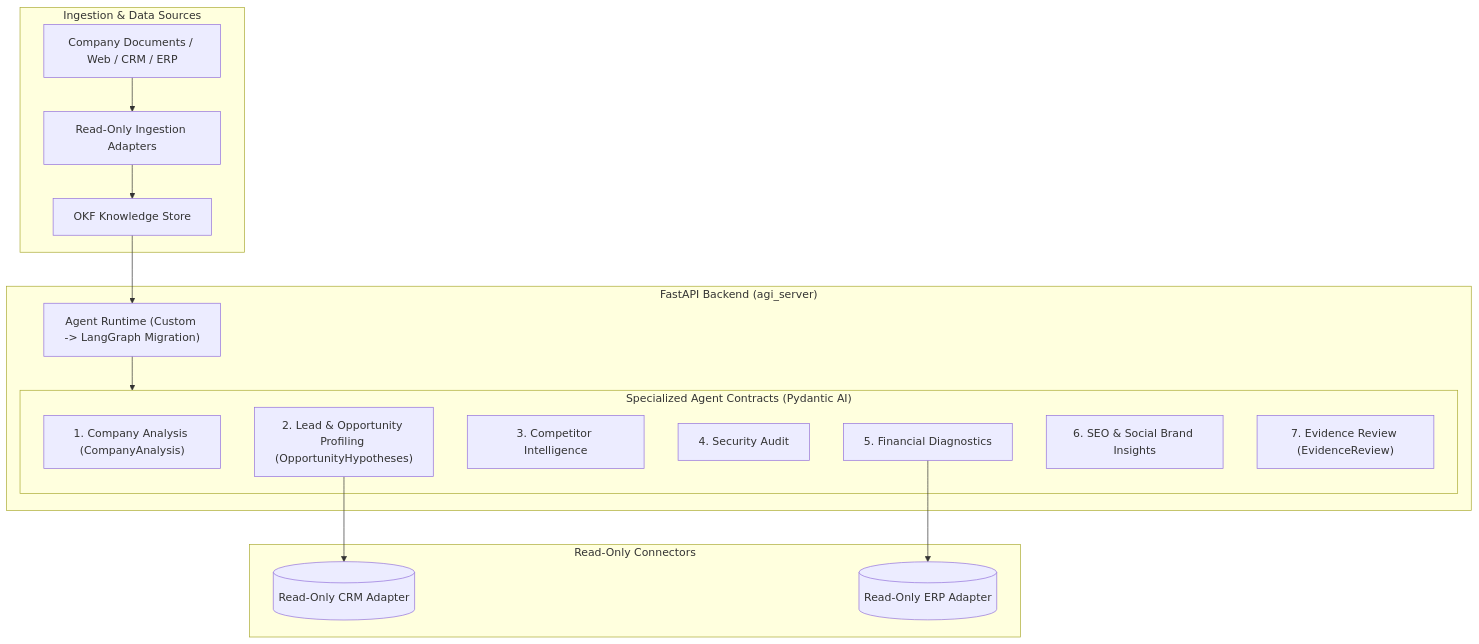
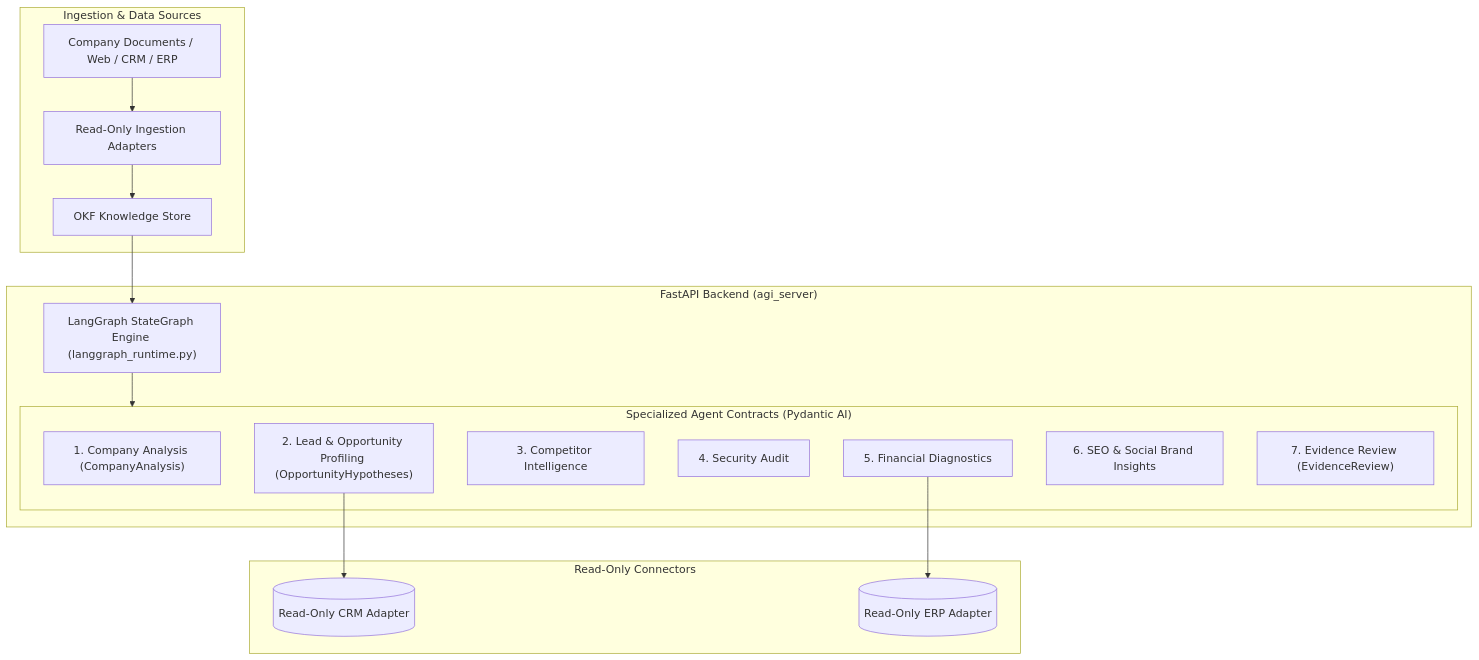
One commit to beratolmez/agenstfer-agi changed the second of 2 diagrams in docs/SYSTEM_ARCHITECTURE.md. Above: the diagram before and after it, drawn with Mermaid. The commit also changed other lines of this file and 7 other files, not shown here.

````diff
--- a/docs/SYSTEM_ARCHITECTURE.md
+++ b/docs/SYSTEM_ARCHITECTURE.md
@@ -83,33 +70,33 @@
 ```mermaid
 flowchart TD
     subgraph Ingestion["Ingestion & Data Sources"]
         SRC["Company Documents / Web / CRM / ERP"]
         ING["Read-Only Ingestion Adapters"]
         KNOW["OKF Knowledge Store"]
     end
 
     subgraph CoreEngine["FastAPI Backend (agi_server)"]
-        ORCH["Agent Runtime (Custom -> LangGraph Migration)"]
+        ORCH["LangGraph StateGraph Engine (langgraph_runtime.py)"]
         
         subgraph Nodes["Specialized Agent Contracts (Pydantic AI)"]
             N1["1. Company Analysis (CompanyAnalysis)"]
             N2["2. Lead & Opportunity Profiling (OpportunityHypotheses)"]
             N3["3. Competitor Intelligence"]
             N4["4. Security Audit"]
             N5["5. Financial Diagnostics"]
             N6["6. SEO & Social Brand Insights"]
             N7["7. Evidence Review (EvidenceReview)"]
         end
     end
 
     subgraph Connectors["Read-Only Connectors"]
         CRM[(Read-Only CRM Adapter)]
         ERP[(Read-Only ERP Adapter)]
     end
 
     SRC --> ING --> KNOW
     KNOW --> ORCH
     ORCH --> Nodes
     N2 --> CRM
     N5 --> ERP
 ```
````
